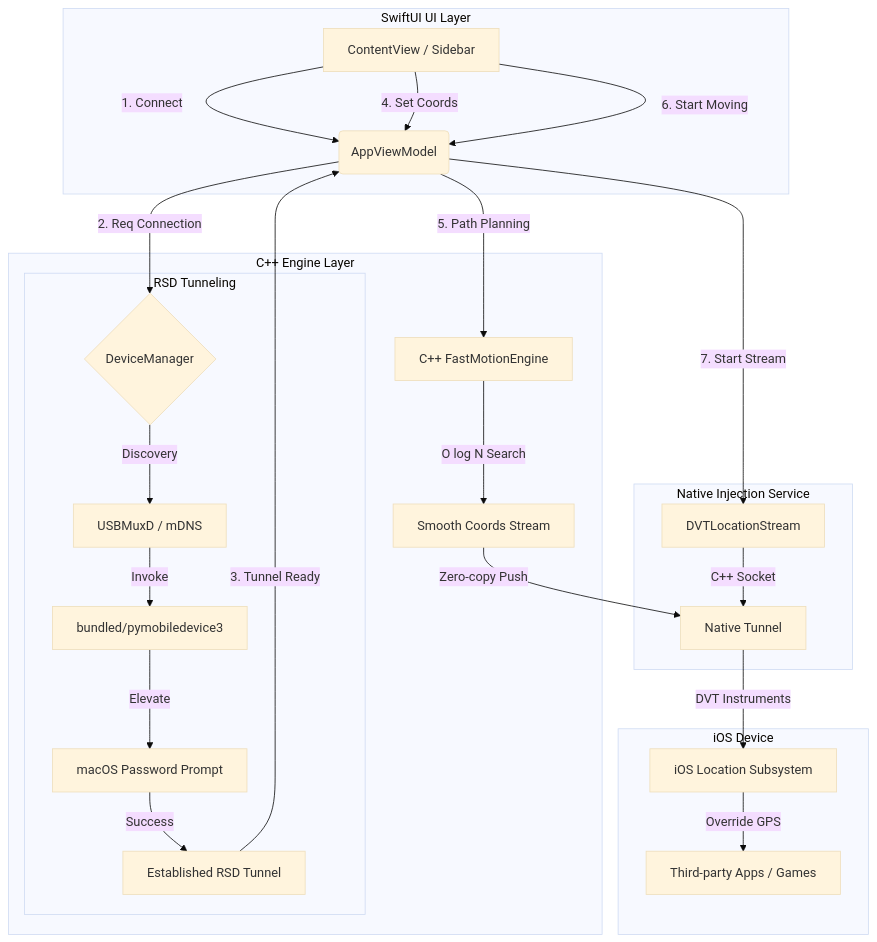
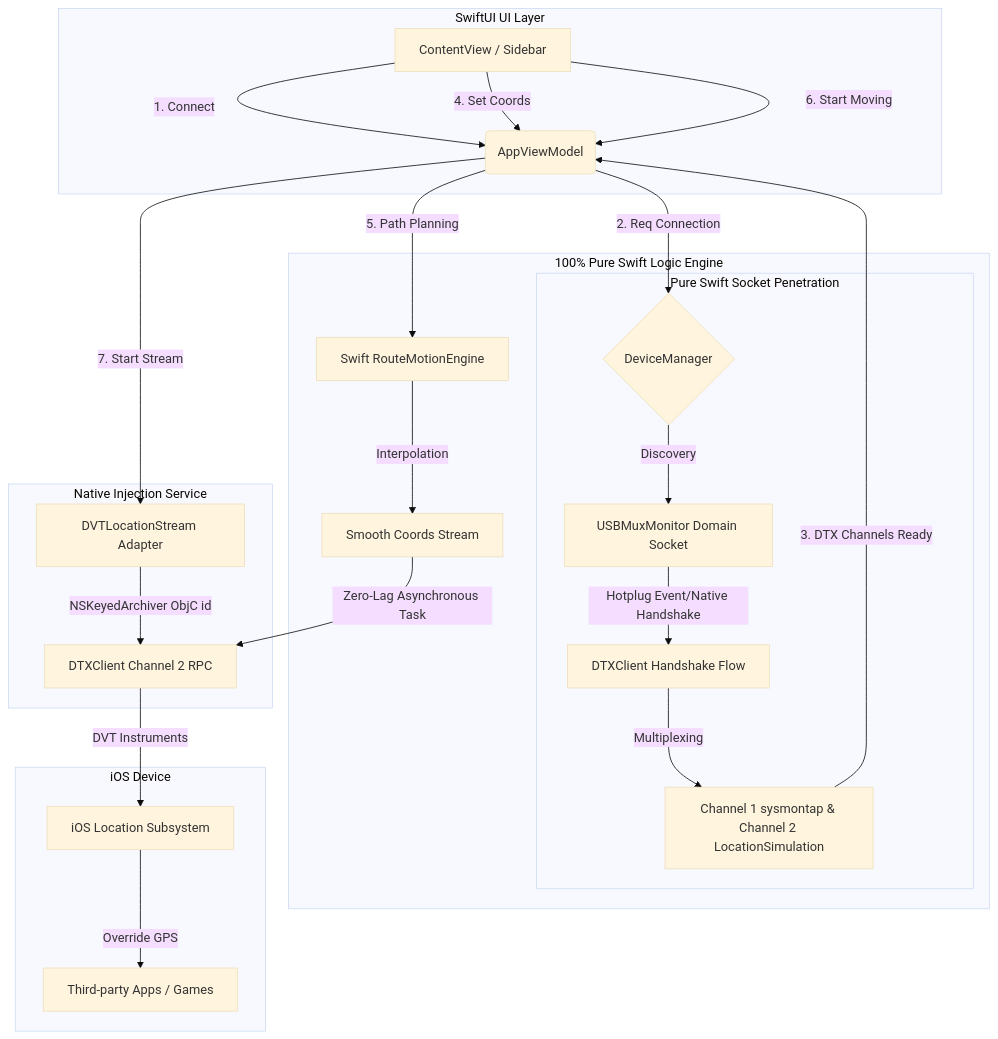
Before and after one commit to yusenhan/flyflyfly: the diagram in README.en.md, drawn with Mermaid (base theme). The commit also changed other lines of this file and 2 other files, not shown here.

First line of the commit message:
docs: 更新專案說明文檔，全面對接 100% 自研純原生 Swift DTX 協定架構

````diff
--- a/README.en.md
+++ b/README.en.md
@@ -46,35 +48,33 @@
 ```mermaid
 graph TD
     %% Roles
     subgraph UI_Layer [SwiftUI UI Layer]
         A[ContentView / Sidebar] -->|1. Connect| B(AppViewModel)
         A -->|4. Set Coords| B
         A -->|6. Start Moving| B
     end
 
-    subgraph Logic_Layer [C++ Engine Layer]
+    subgraph Logic_Layer [100% Pure Swift Logic Engine]
         B -->|2. Req Connection| C{DeviceManager}
+        B -->|5. Path Planning| J[Swift RouteMotionEngine]
+        J -->|Interpolation| K[Smooth Coords Stream]
         
-        subgraph Connection_Process [RSD Tunneling]
-            C -->|Discovery| D[USBMuxD / mDNS]
-            D -->|Invoke| G[bundled/pymobiledevice3]
-            G -->|Elevate| H[macOS Password Prompt]
-            H -->|Success| I[Established RSD Tunnel]
+        subgraph Connection_Process [Pure Swift Socket Penetration]
+            C -->|Discovery| D[USBMuxMonitor Domain Socket]
+            D -->|Hotplug Event/Native Handshake| G[DTXClient Handshake Flow]
+            G -->|Multiplexing| I[Channel 1 sysmontap & Channel 2 LocationSimulation]
         end
-
-        B -->|5. Path Planning| J[C++ FastMotionEngine]
-        J -->|O log N Search| K[Smooth Coords Stream]
     end
 
     subgraph Native_Service [Native Injection Service]
-        I -->|3. Tunnel Ready| B
-        B -->|7. Start Stream| L[DVTLocationStream]
-        L -->|C++ Socket| M[Native Tunnel]
-        K -->|Zero-copy Push| M
+        I -->|3. DTX Channels Ready| B
+        B -->|7. Start Stream| L[DVTLocationStream Adapter]
+        L -->|NSKeyedArchiver ObjC id| M[DTXClient Channel 2 RPC]
+        K -->|Zero-Lag Asynchronous Task| M
     end
 
     subgraph iOS_Device [iOS Device]
         M -->|DVT Instruments| N[iOS Location Subsystem]
         N -->|Override GPS| O[Third-party Apps / Games]
     end
 ```
````
